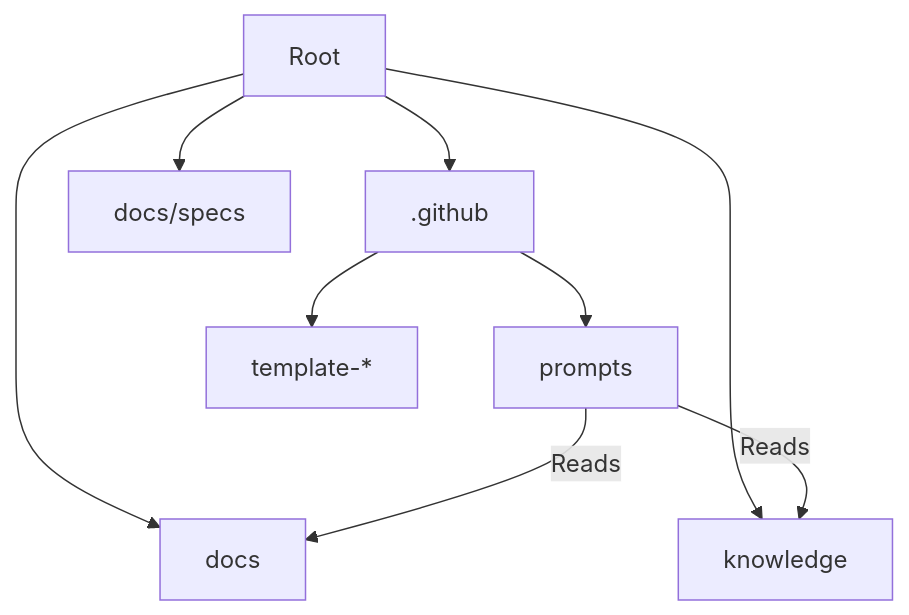
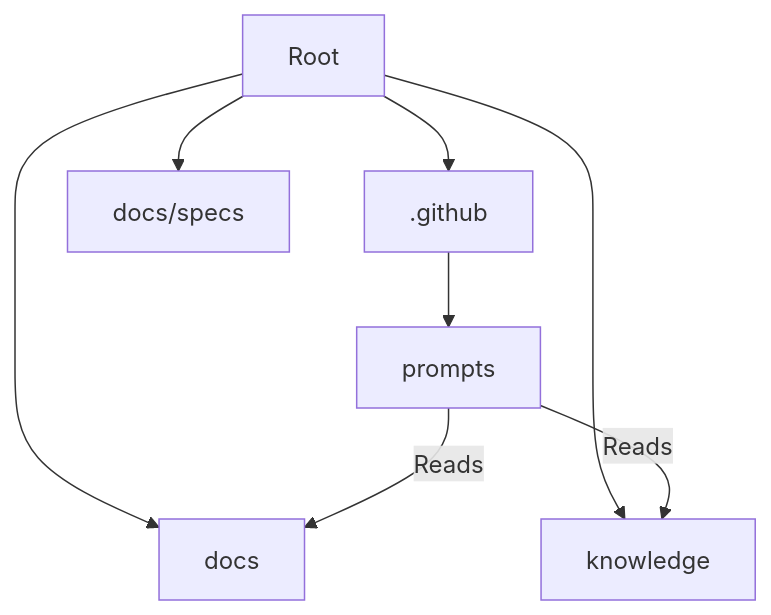
Before and after one commit to LongbowXXX/terraformer: the diagram in docs/architecture/directory-structure.md, drawn with Mermaid. The commit also changed other lines of this file and 38 other files, not shown here.

````diff
--- a/docs/architecture/directory-structure.md
+++ b/docs/architecture/directory-structure.md
@@ -57,13 +49,13 @@
 ```mermaid
 graph TD
     Root[Root] --> Github[.github]
     Root --> Specs[docs/specs]
     Root --> Knowledge[knowledge]
     Root --> Docs[docs]
 
     Github --> Prompts[prompts]
-    Github --> Templates[template-*]
+
 
     Prompts -->|Reads| Docs
     Prompts -->|Reads| Knowledge
 ```
````
